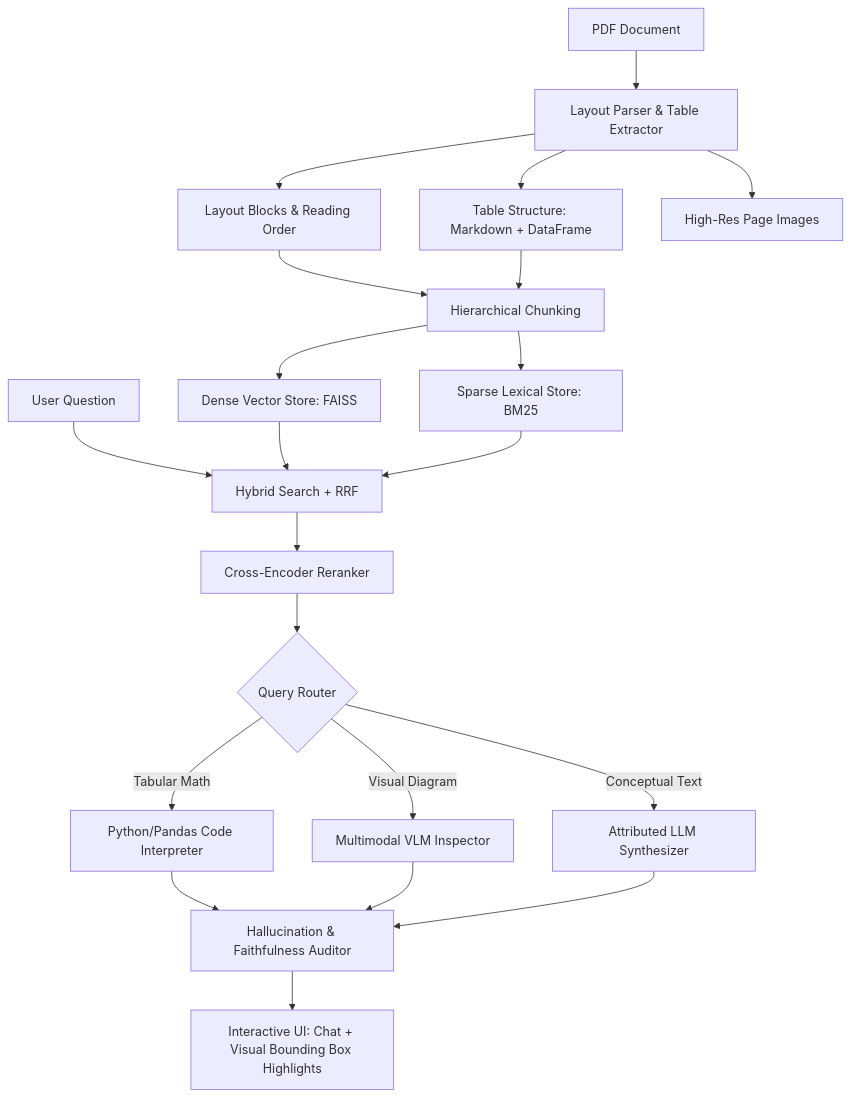
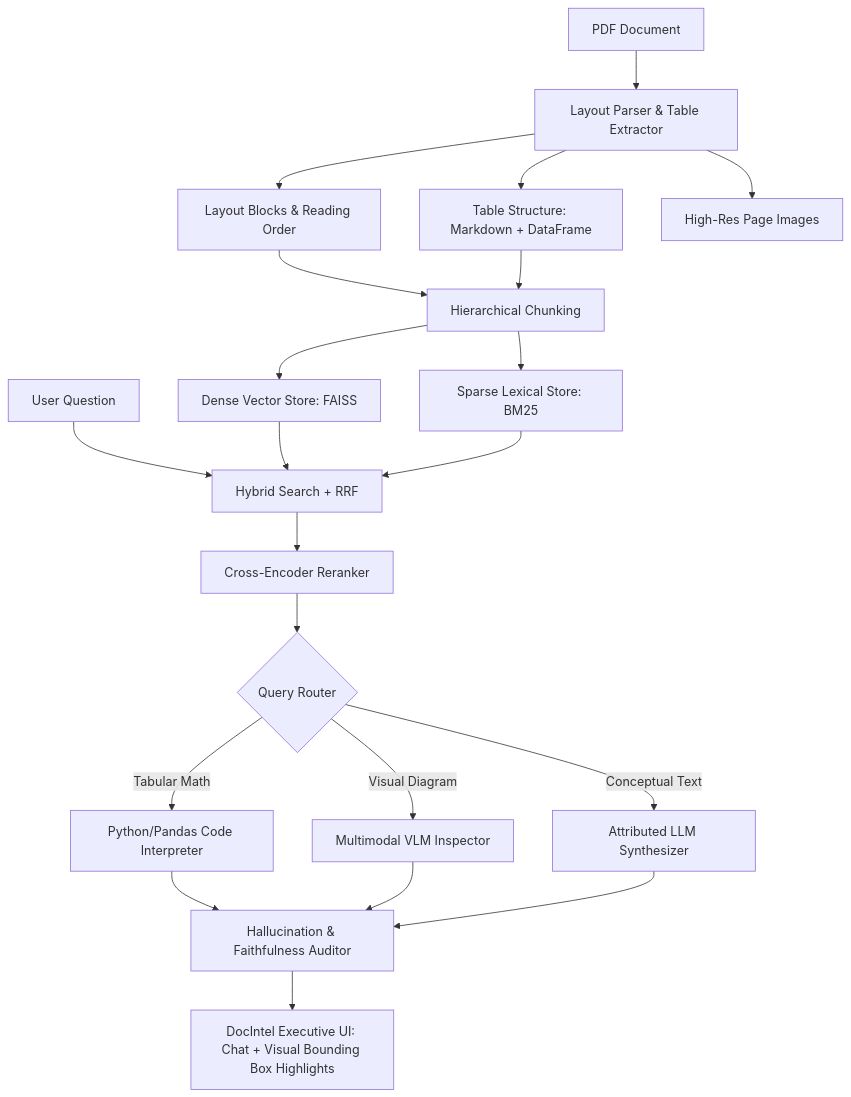
The diagram in README.md (sidson05/RAG-Based-Document-Intelligence-System), drawn with Mermaid before and after one commit. The commit also changed other lines of this file and 7 other files, not shown here.

````diff
--- a/README.md
+++ b/README.md
@@ -32,23 +41,23 @@
 ```mermaid
 graph TD
     A[PDF Document] --> B[Layout Parser & Table Extractor]
     B --> B1[Layout Blocks & Reading Order]
     B --> B2[Table Structure: Markdown + DataFrame]
     B --> B3[High-Res Page Images]
     
     B1 & B2 --> C[Hierarchical Chunking]
     C --> D1[Dense Vector Store: FAISS]
     C --> D2[Sparse Lexical Store: BM25]
     
     Q[User Question] --> E[Hybrid Search + RRF]
     D1 & D2 --> E
     E --> F[Cross-Encoder Reranker]
     
     F --> G{Query Router}
     G -->|Tabular Math| H1[Python/Pandas Code Interpreter]
     G -->|Visual Diagram| H2[Multimodal VLM Inspector]
     G -->|Conceptual Text| H3[Attributed LLM Synthesizer]
     
     H1 & H2 & H3 --> I[Hallucination & Faithfulness Auditor]
-    I --> J[Interactive UI: Chat + Visual Bounding Box Highlights]
+    I --> J[DocIntel Executive UI: Chat + Visual Bounding Box Highlights]
 ```
````
